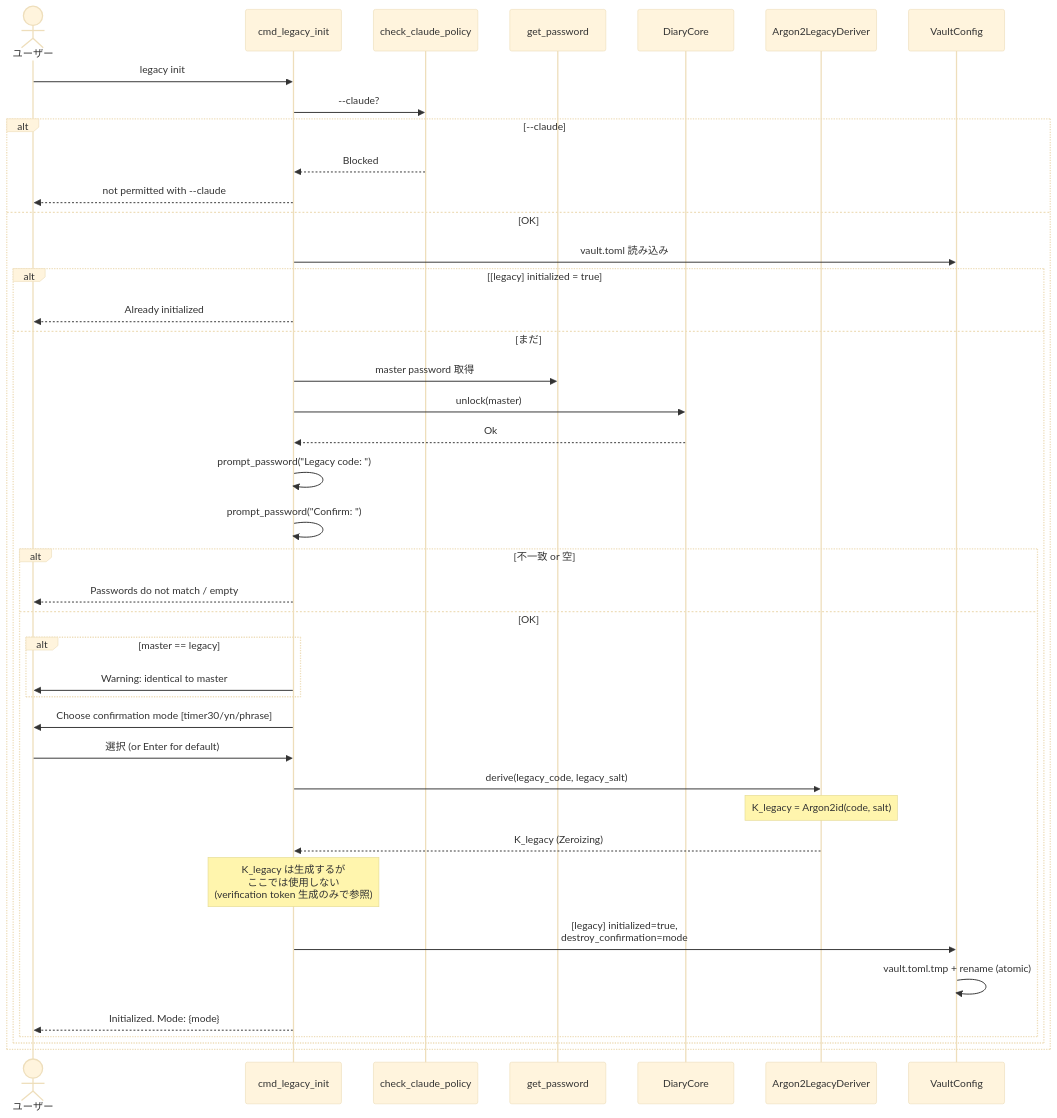
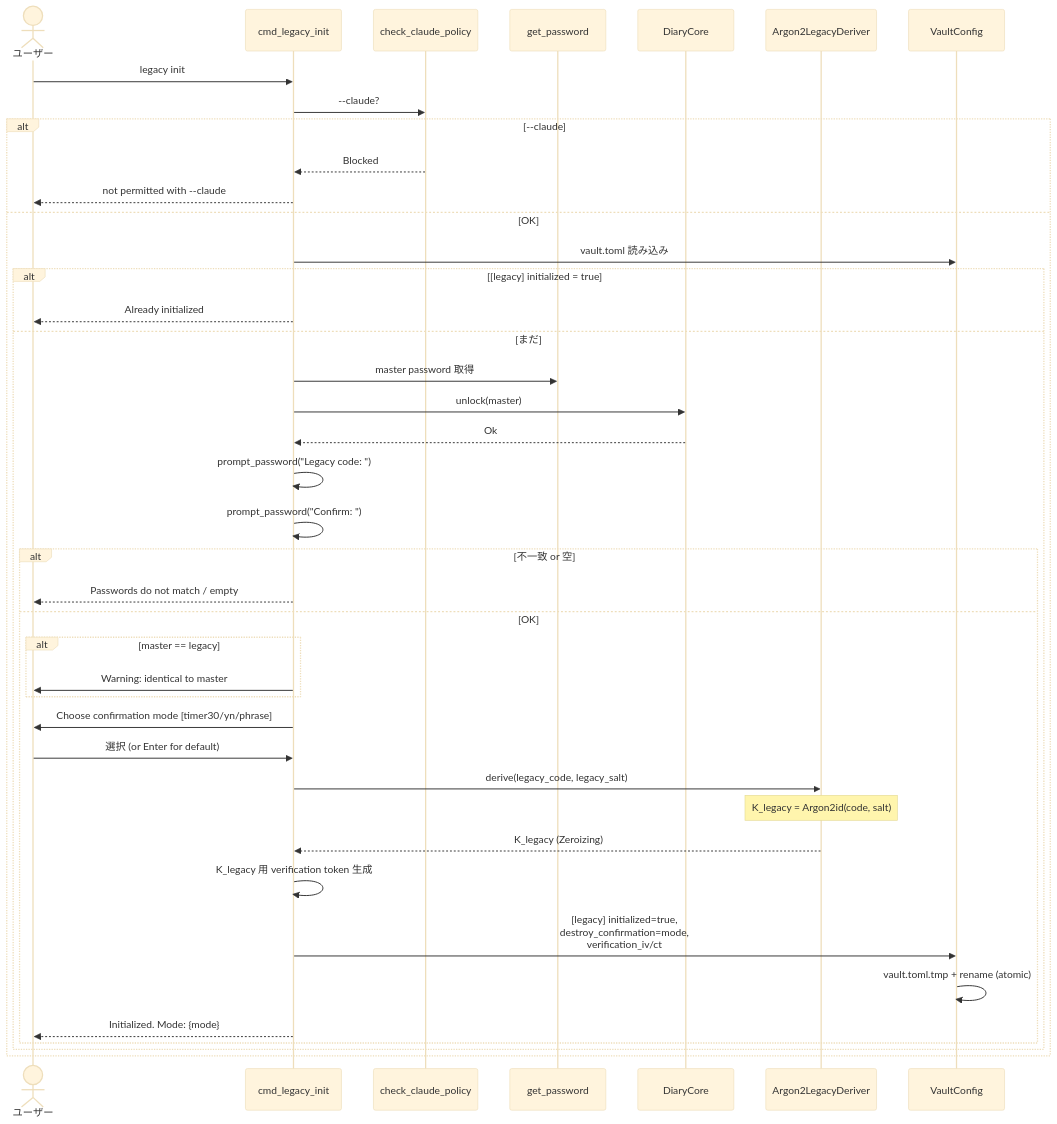
One commit to sudolifeagain/pq-diary changed the first of 6 diagrams in docs/design/s12-legacy/dataflow.md. Above: the diagram before and after it, drawn with Mermaid (base theme). The commit also changed other lines of this file and 11 other files, not shown here.

````diff
--- a/docs/design/s12-legacy/dataflow.md
+++ b/docs/design/s12-legacy/dataflow.md
@@ -12,44 +12,44 @@
 ```mermaid
 sequenceDiagram
     actor U as ユーザー
     participant CMD as cmd_legacy_init
     participant CC as check_claude_policy
     participant PWD as get_password
     participant DC as DiaryCore
     participant DV as Argon2LegacyDeriver
     participant CFG as VaultConfig
 
     U->>CMD: legacy init
     CMD->>CC: --claude?
     alt --claude
         CC-->>CMD: Blocked
         CMD-->>U: not permitted with --claude
     else OK
         CMD->>CFG: vault.toml 読み込み
         alt [legacy] initialized = true
             CMD-->>U: Already initialized
         else まだ
             CMD->>PWD: master password 取得
             CMD->>DC: unlock(master)
             DC-->>CMD: Ok
             CMD->>CMD: prompt_password("Legacy code: ")
             CMD->>CMD: prompt_password("Confirm: ")
             alt 不一致 or 空
                 CMD-->>U: Passwords do not match / empty
             else OK
                 alt master == legacy
                     CMD->>U: Warning: identical to master
                 end
                 CMD->>U: Choose confirmation mode [timer30/yn/phrase]
                 U->>CMD: 選択 (or Enter for default)
                 CMD->>DV: derive(legacy_code, legacy_salt)
                 Note over DV: K_legacy = Argon2id(code, salt)
                 DV-->>CMD: K_legacy (Zeroizing)
-                Note over CMD: K_legacy は生成するが<br/>ここでは使用しない<br/>(verification token 生成のみで参照)
-                CMD->>CFG: [legacy] initialized=true,<br/>destroy_confirmation=mode
+                CMD->>CMD: K_legacy 用 verification token 生成
+                CMD->>CFG: [legacy] initialized=true,<br/>destroy_confirmation=mode,<br/>verification_iv/ct
                 CFG->>CFG: vault.toml.tmp + rename (atomic)
                 CMD-->>U: Initialized. Mode: {mode}
             end
         end
     end
 ```
````
